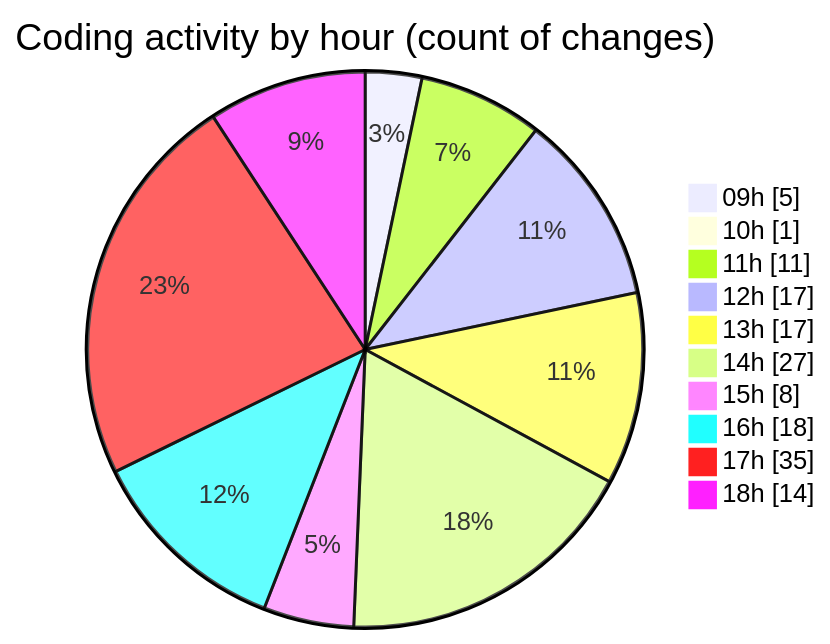
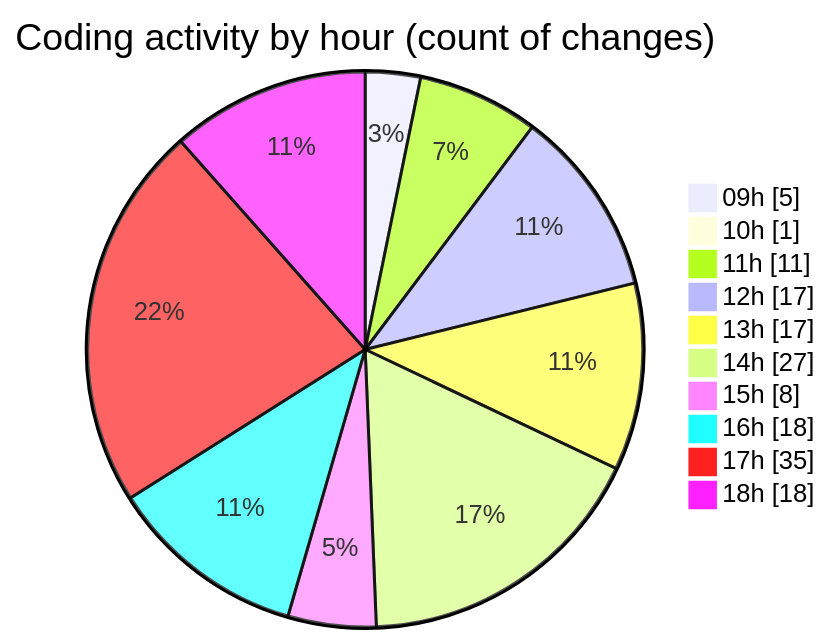
Before and after one commit to momahboobian/code-tracking: the second of 2 diagrams in 2025-09-04/cda/README.md, drawn with Mermaid. The commit also changed other lines of this file and 1 other file, not shown here.

````diff
--- a/2025-09-04/cda/README.md
+++ b/2025-09-04/cda/README.md
@@ -44,14 +44,14 @@
 ```mermaid
 pie showData
 title Coding activity by hour (count of changes)
 "09h" : 5
 "10h" : 1
 "11h" : 11
 "12h" : 17
 "13h" : 17
 "14h" : 27
 "15h" : 8
 "16h" : 18
 "17h" : 35
-"18h" : 14
+"18h" : 18
 ```
````
